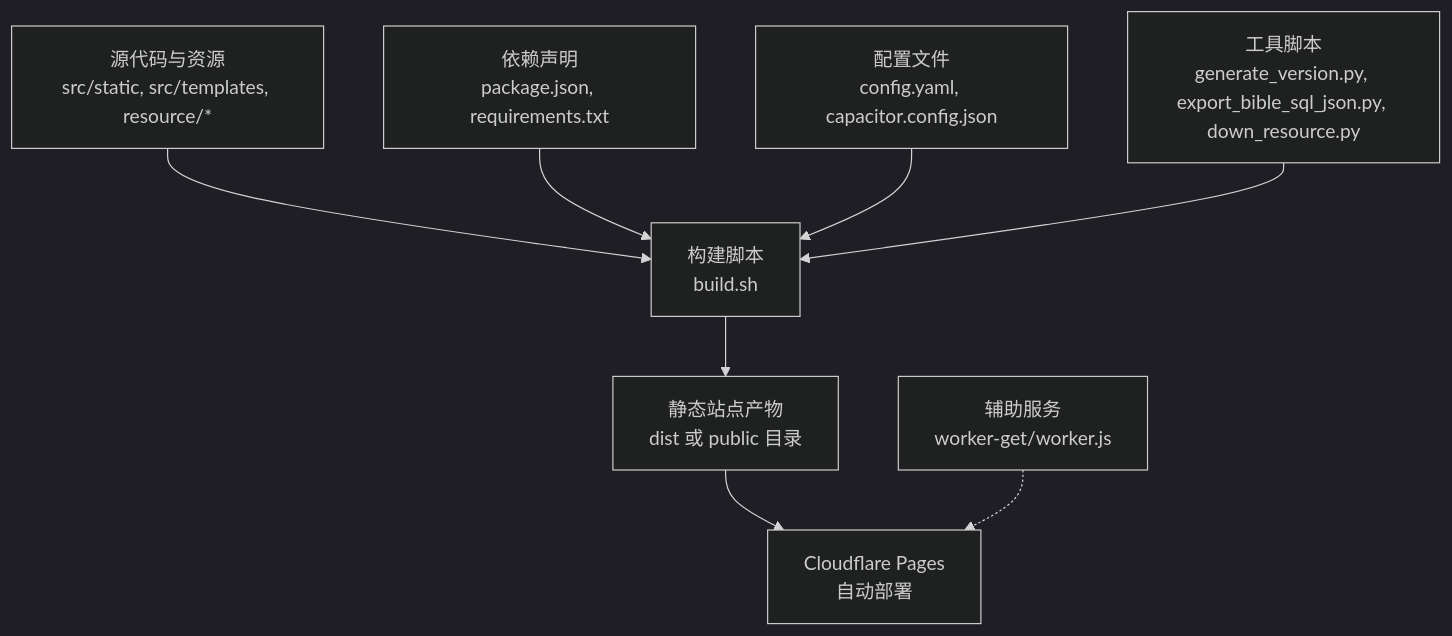
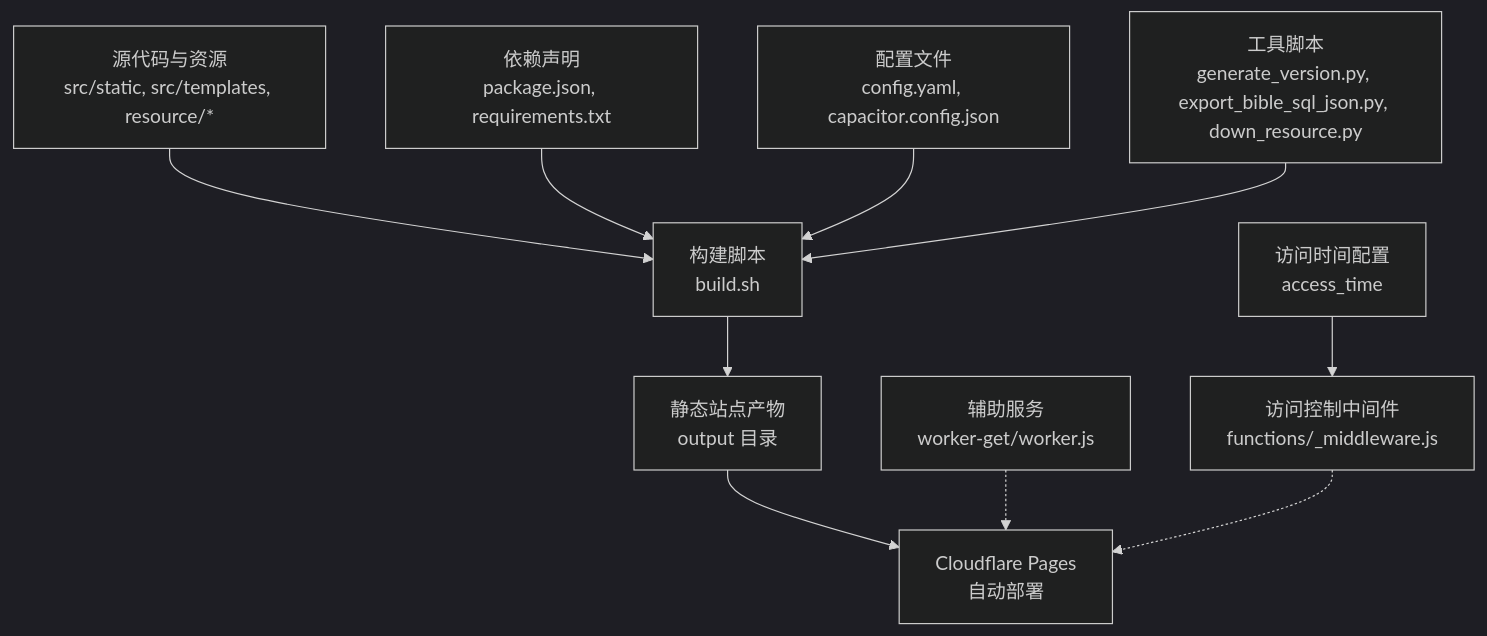
The first of 4 diagrams in .qoder/repowiki/zh/content/部署发布/Web部署.md (zhao-zg/cx), drawn with Mermaid (dark theme) before and after one commit. The commit also changed other lines of this file and 36 other files, not shown here.

````diff
--- a/.qoder/repowiki/zh/content/部署发布/Web部署.md
+++ b/.qoder/repowiki/zh/content/部署发布/Web部署.md
@@ -48,10 +60,12 @@
 ```mermaid
 graph TB
 A["源代码与资源<br/>src/static, src/templates, resource/*"] --> B["构建脚本<br/>build.sh"]
-B --> C["静态站点产物<br/>dist 或 public 目录"]
+B --> C["静态站点产物<br/>output 目录"]
 C --> D["Cloudflare Pages<br/>自动部署"]
 E["依赖声明<br/>package.json, requirements.txt"] --> B
 F["配置文件<br/>config.yaml, capacitor.config.json"] --> B
 G["工具脚本<br/>generate_version.py, export_bible_sql_json.py, down_resource.py"] --> B
 H["辅助服务<br/>worker-get/worker.js"] -.-> D
+I["访问控制中间件<br/>functions/_middleware.js"] -.-> D
+J["访问时间配置<br/>access_time"] --> I
 ```
````
